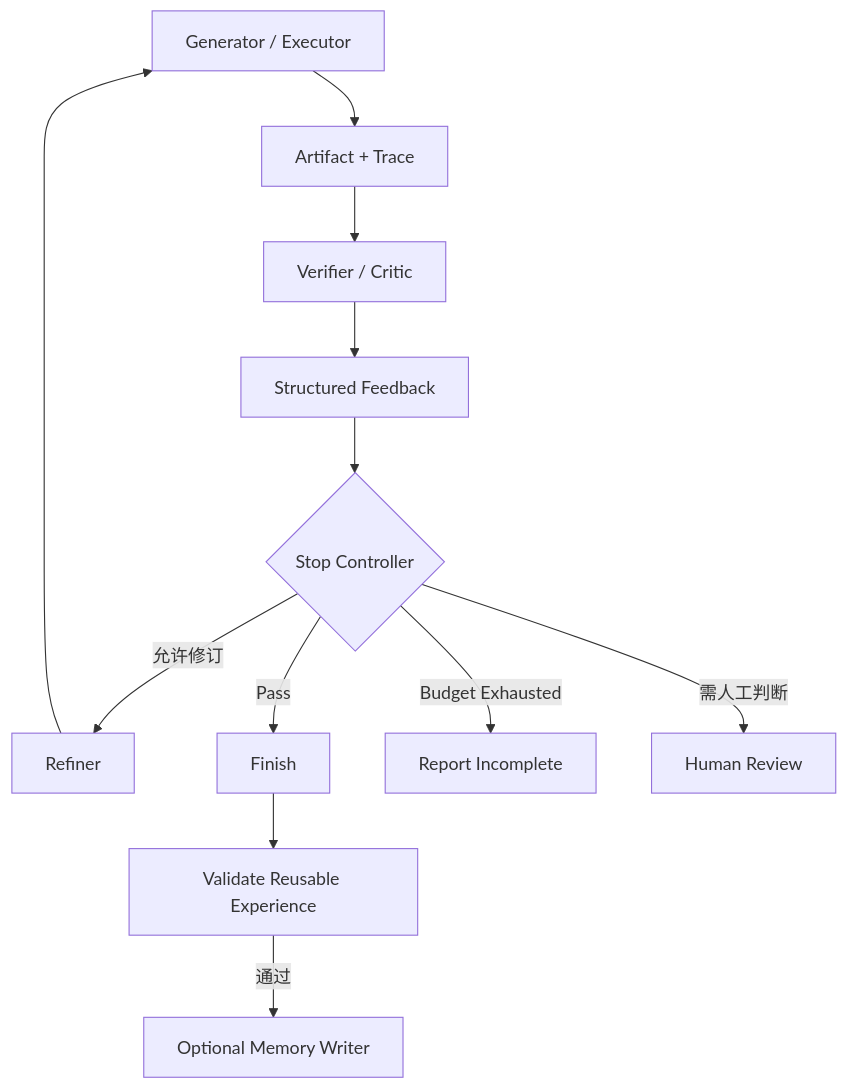
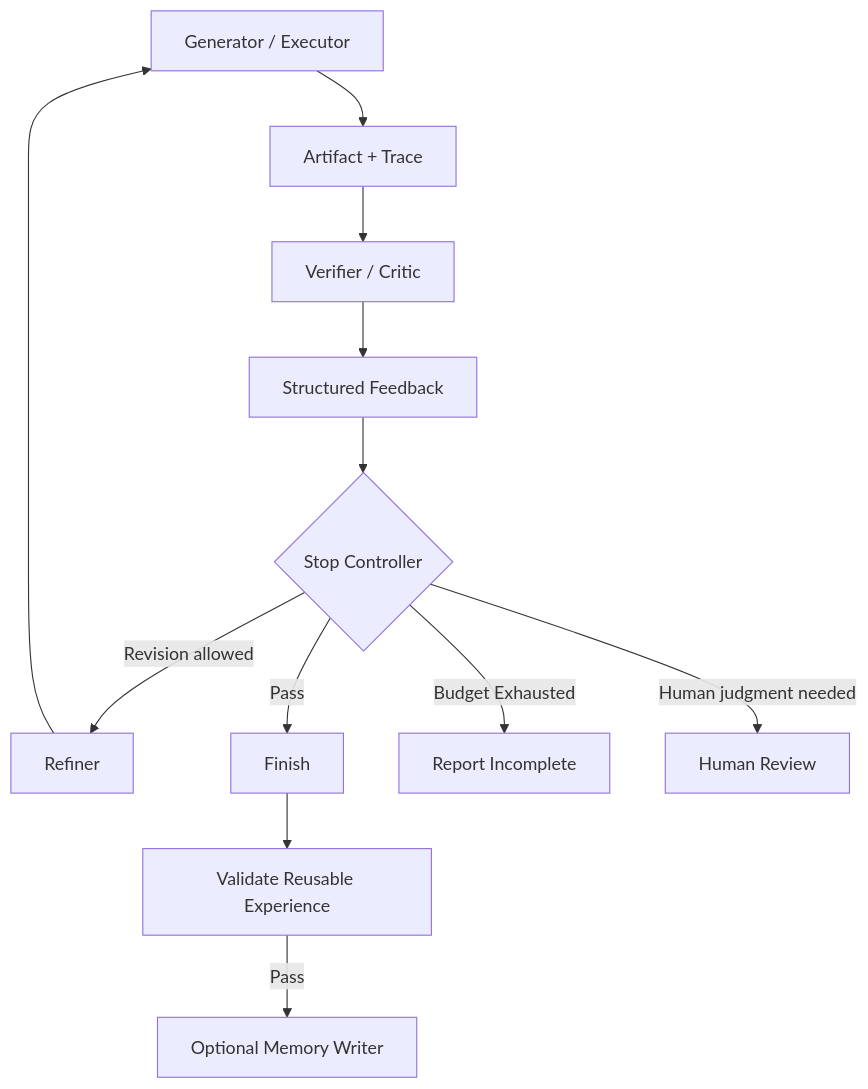
Before and after one commit to oneleaveknowsthefall/awesome-ai-roadmap: diagram 12 of 23 in docs/agent/02-reasoning-planning/12-agent-reflection.md, drawn with Mermaid. The commit also changed other lines of this file and 68 other files, not shown here.

````diff
--- a/docs/agent/02-reasoning-planning/12-agent-reflection.md
+++ b/docs/agent/02-reasoning-planning/12-agent-reflection.md
@@ -365,14 +365,14 @@
 ```mermaid
 flowchart TB
     G[Generator / Executor] --> A[Artifact + Trace]
     A --> V[Verifier / Critic]
     V --> F[Structured Feedback]
     F --> S{Stop Controller}
-    S -->|允许修订| R[Refiner]
+    S -->|Revision allowed| R[Refiner]
     R --> G
     S -->|Pass| DONE[Finish]
     S -->|Budget Exhausted| PARTIAL[Report Incomplete]
-    S -->|需人工判断| HUMAN[Human Review]
+    S -->|Human judgment needed| HUMAN[Human Review]
     DONE --> MV[Validate Reusable Experience]
-    MV -->|通过| MW[Optional Memory Writer]
+    MV -->|Pass| MW[Optional Memory Writer]
 ```
````
